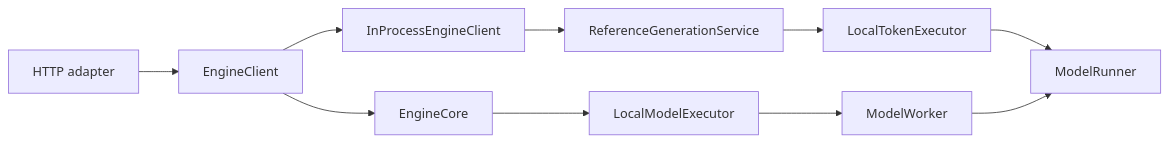
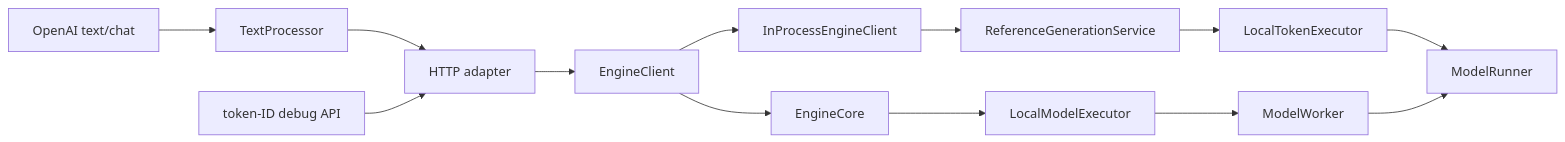
Before and after one commit to poorpaper/light-vllm: the third of 3 diagrams in docs/architecture.md, drawn with Mermaid. The commit also changed other lines of this file and 32 other files, not shown here.

Commit message:
feat: add OpenAI-compatible text serving

````diff
--- a/docs/architecture.md
+++ b/docs/architecture.md
@@ -300,12 +306,15 @@
 ```mermaid
 flowchart LR
-    HTTP["HTTP adapter"] --> Client["EngineClient"]
+    OpenAI["OpenAI text/chat"] --> Text["TextProcessor"]
+    Text --> HTTP["HTTP adapter"]
+    TokenAPI["token-ID debug API"] --> HTTP
+    HTTP --> Client["EngineClient"]
     Client --> Core["EngineCore"]
     Client --> Bridge["InProcessEngineClient"]
     Bridge --> Reference["ReferenceGenerationService"]
     Reference --> TokenExecutor["LocalTokenExecutor"]
     Core --> ModelExecutor["LocalModelExecutor"]
     ModelExecutor --> Worker["ModelWorker"]
     TokenExecutor --> Runner["ModelRunner"]
     Worker --> Runner
 ```
````
